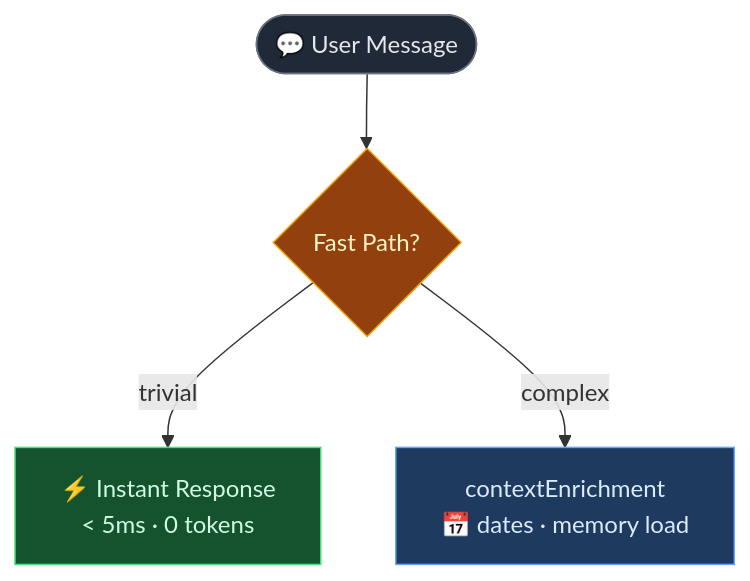
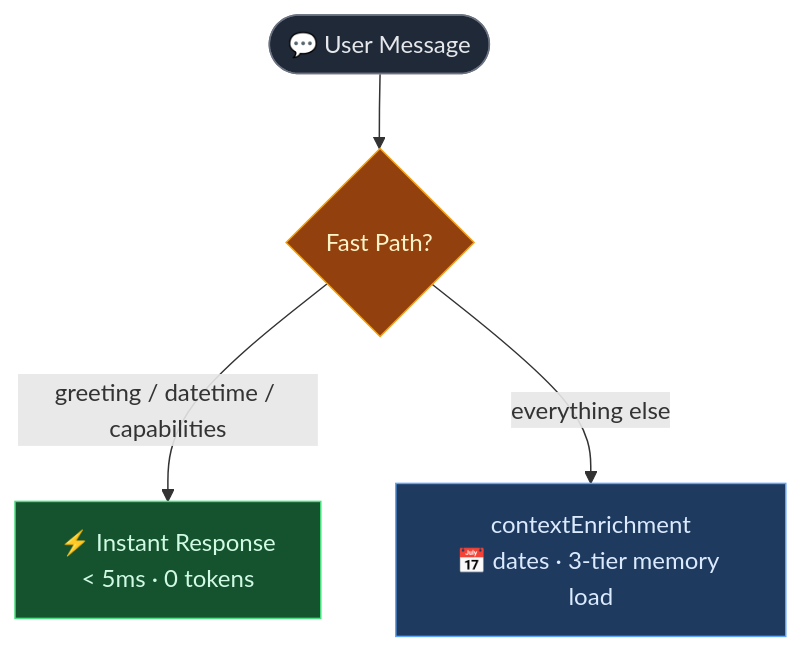
Before and after one commit to dr1tch/dr1tch-presentations: the first of 7 diagrams in decks/copilot.md, drawn with Mermaid. The commit also changed other lines of this file, not shown here.

````diff
--- a/decks/copilot.md
+++ b/decks/copilot.md
@@ -291,16 +332,16 @@
 ```mermaid {scale: 0.8}
 flowchart TB
     MSG(["💬 User Message"]):::input
     FP{"Fast Path?"}:::decision
     INST["⚡ Instant Response\n< 5ms · 0 tokens"]:::fast
-    CE["contextEnrichment\n📅 dates · memory load"]:::process
+    CE["contextEnrichment\n📅 dates · 3-tier memory load"]:::process
 
     MSG --> FP
-    FP -->|"trivial"| INST
-    FP -->|"complex"| CE
+    FP -->|"greeting / datetime / capabilities"| INST
+    FP -->|"everything else"| CE
 
     classDef input    fill:#1f2937,stroke:#6b7280,color:#e5e7eb
     classDef decision fill:#92400e,stroke:#f59e0b,color:#fef3c7
     classDef fast     fill:#14532d,stroke:#4ade80,color:#d1fae5
     classDef process  fill:#1e3a5f,stroke:#60a5fa,color:#dbeafe
 ```
````
